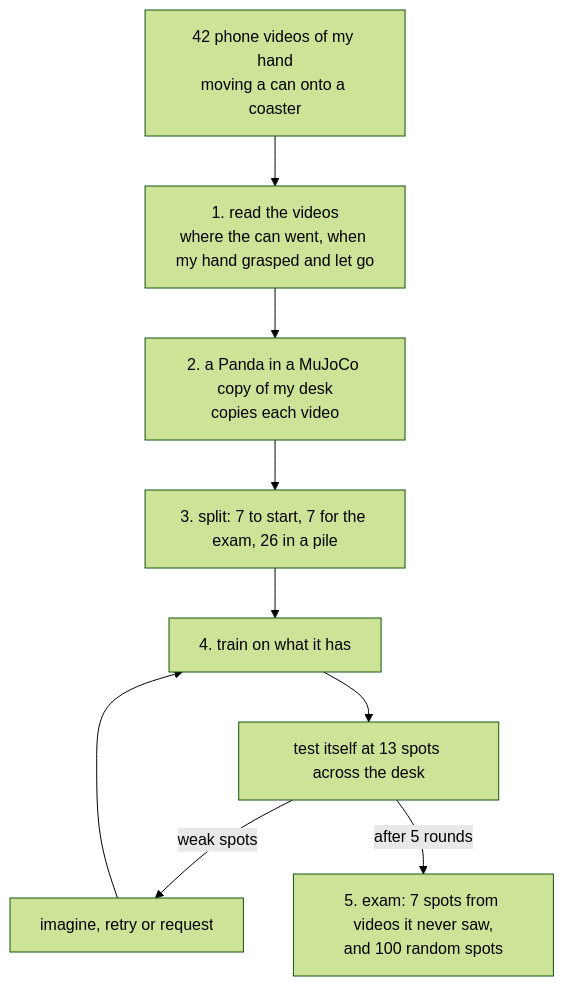
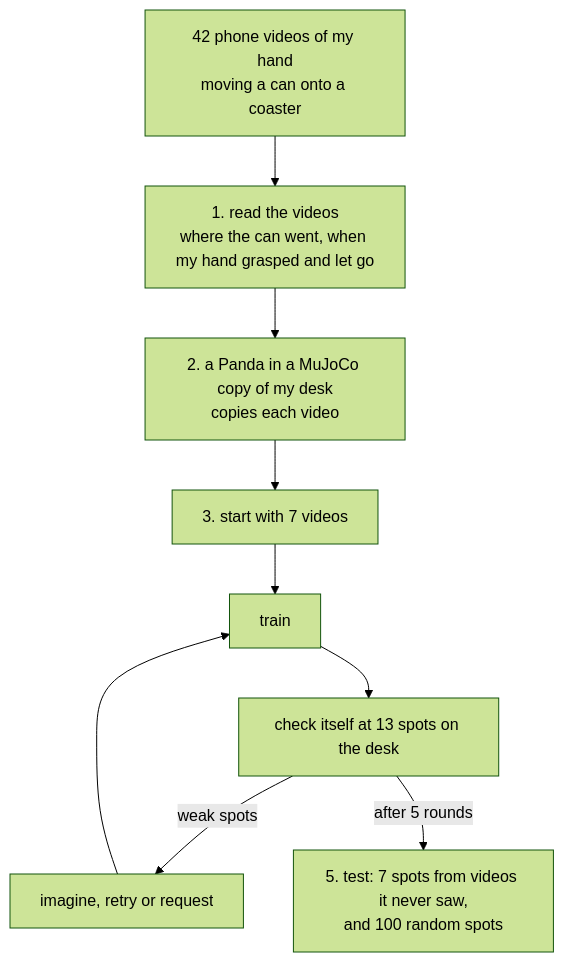
One commit to anspermiranda/request_or_retry_learning changed the diagram in README.md. Above: the diagram before and after it, drawn with Mermaid (forest theme). The commit also changed other lines of this file, not shown here.

````diff
--- a/README.md
+++ b/README.md
@@ -34,11 +62,11 @@
 ```mermaid
 flowchart TD
   V["42 phone videos of my hand<br/>moving a can onto a coaster"] --> R["1. read the videos<br/>where the can went, when my hand grasped and let go"]
   R --> T["2. a Panda in a MuJoCo copy of my desk<br/>copies each video"]
-  T --> S["3. split: 7 to start, 7 for the exam, 26 in a pile"]
-  S --> L["4. train on what it has"]
-  L --> P["test itself at 13 spots across the desk"]
+  T --> S["3. start with 7 videos"]
+  S --> L["train"]
+  L --> P["check itself at 13 spots on the desk"]
   P -->|"weak spots"| H["imagine, retry or request"]
   H --> L
-  P -->|"after 5 rounds"| X["5. exam: 7 spots from videos it never saw,<br/>and 100 random spots"]
+  P -->|"after 5 rounds"| X["5. test: 7 spots from videos it never saw,<br/>and 100 random spots"]
 ```
````
